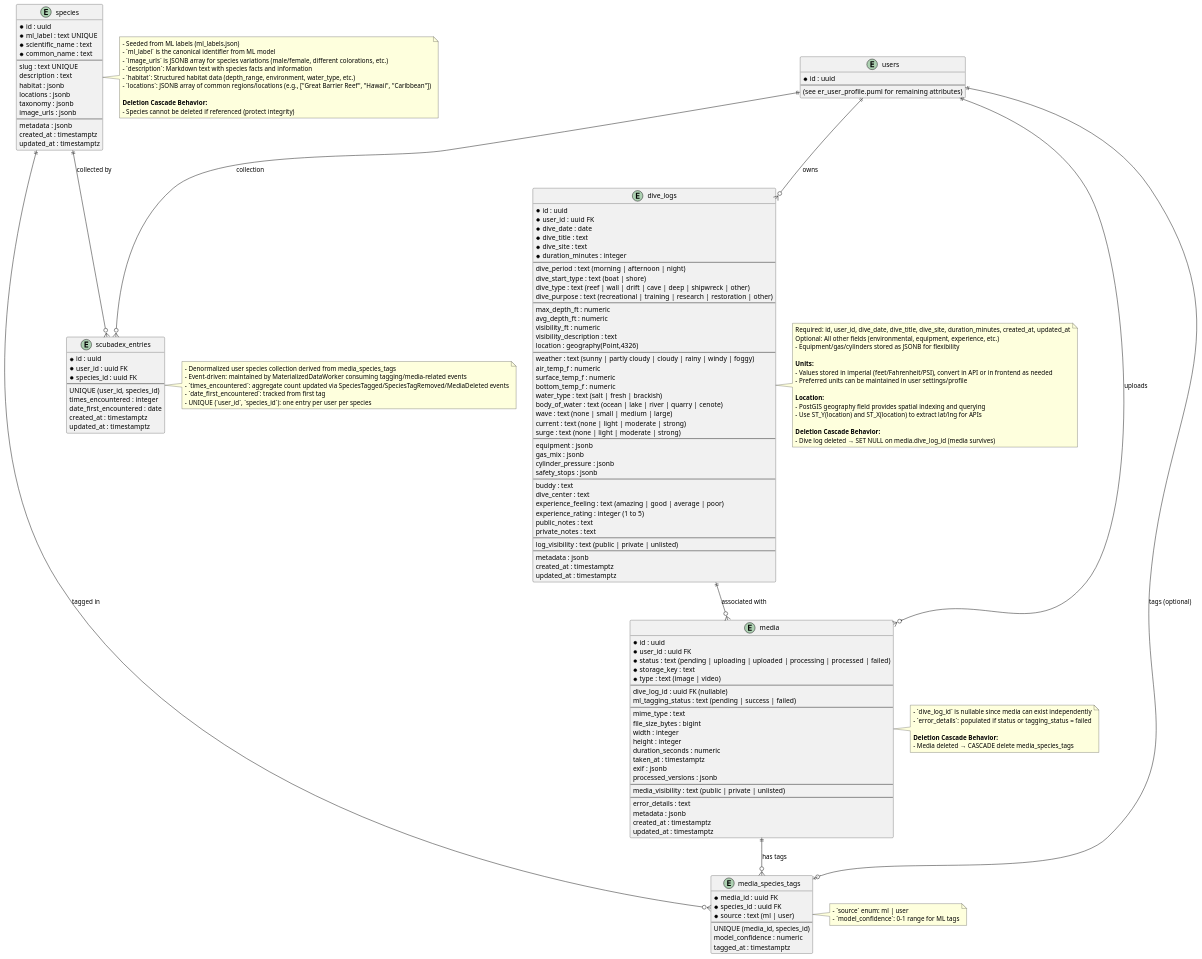
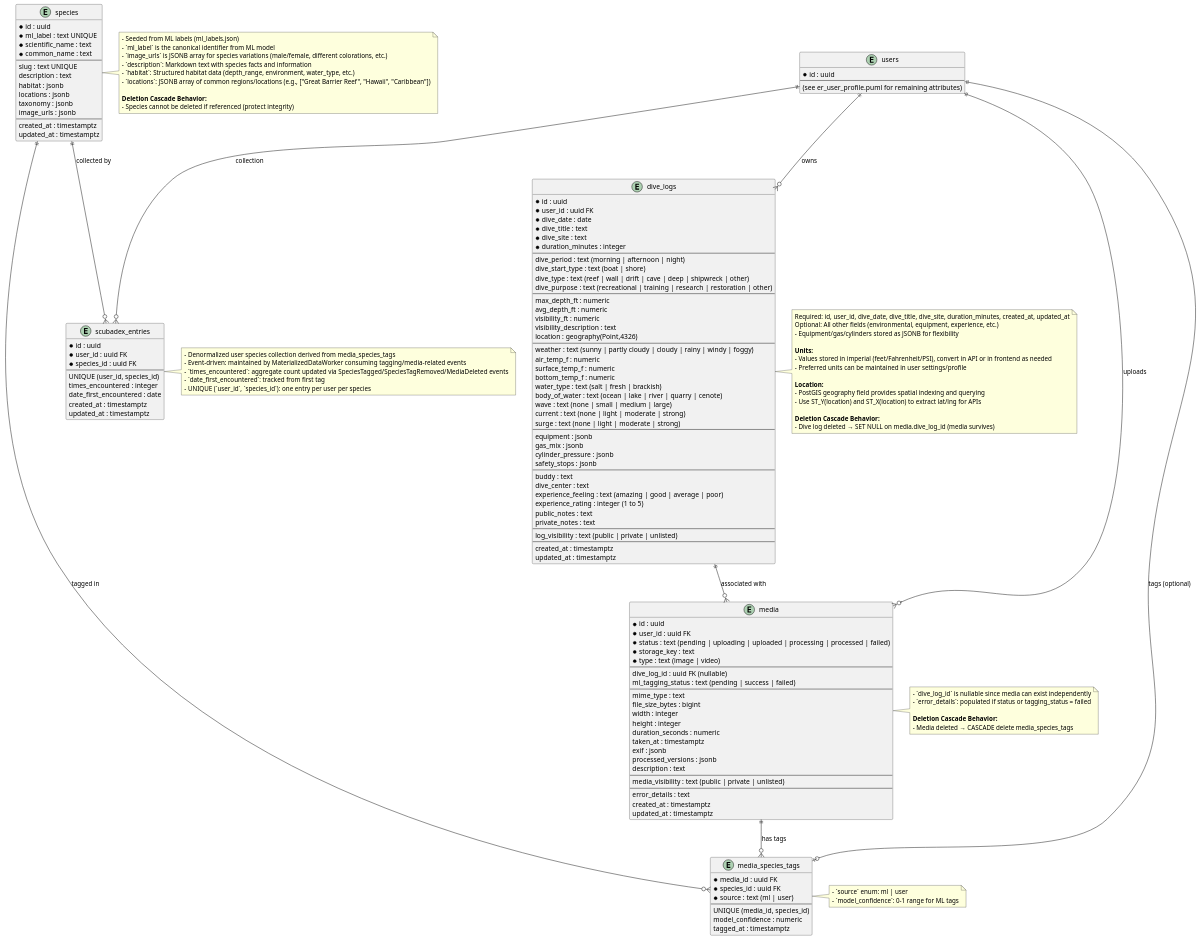
The diagram in designs/db_schema/er_core_data.puml (MikeF0007/reef-connect), drawn with PlantUML before and after one commit. The commit also changed 4 other files, not shown here.

```diff
--- a/designs/db_schema/er_core_data.puml
+++ b/designs/db_schema/er_core_data.puml
@@ -1,198 +1,196 @@
 @startuml
 ' Core Data ER diagram: dive_logs, media, species, tags
 
 entity "users" as users {
   * id : uuid
   --
   (see er_user_profile.puml for remaining attributes)
 }
 
 entity "dive_logs" as dive_logs {
   * id : uuid
   * user_id : uuid FK
   * dive_date : date
   * dive_title : text
   * dive_site : text
   * duration_minutes : integer
   --
   ' Dive Basics
   dive_period : text (morning | afternoon | night)
   dive_start_type : text (boat | shore)
   dive_type : text (reef | wall | drift | cave | deep | shipwreck | other)
   dive_purpose : text (recreational | training | research | restoration | other)
   --
   ' Measurements
   max_depth_ft : numeric
   avg_depth_ft : numeric
   visibility_ft : numeric
   visibility_description : text
   location : geography(Point,4326)
   --
   ' Environmental
   weather : text (sunny | partly cloudy | cloudy | rainy | windy | foggy)
   air_temp_f : numeric
   surface_temp_f : numeric
   bottom_temp_f : numeric
   water_type : text (salt | fresh | brackish)
   body_of_water : text (ocean | lake | river | quarry | cenote)
   wave : text (none | small | medium | large)
   current : text (none | light | moderate | strong)
   surge : text (none | light | moderate | strong)
   --
   ' Equipment
   equipment : jsonb
   gas_mix : jsonb
   cylinder_pressure : jsonb
   safety_stops : jsonb
   --
   ' People/Experience
   buddy : text
   dive_center : text
   experience_feeling : text (amazing | good | average | poor)
   experience_rating : integer (1 to 5)
   public_notes : text
   private_notes : text
   --
   ' Visibility
   log_visibility : text (public | private | unlisted)
   --
   ' Meta
-metadata : jsonb
   created_at : timestamptz
   updated_at : timestamptz
 }
 
 entity "media" as media {
   * id : uuid
   * user_id : uuid FK
   * status : text (pending | uploading | uploaded | processing | processed | failed)
   * storage_key : text
   * type : text (image | video)
   --
   ' Associations
   dive_log_id : uuid FK (nullable)
   ml_tagging_status : text (pending | success | failed)
   --
   ' Media Details
   mime_type : text
   file_size_bytes : bigint
   width : integer
   height : integer
   duration_seconds : numeric
   taken_at : timestamptz
   exif : jsonb
   processed_versions : jsonb
+  description : text
   --
   ' Visibility
   media_visibility : text (public | private | unlisted)
   --
   ' Meta
   error_details : text
-  metadata : jsonb
   created_at : timestamptz
   updated_at : timestamptz
 }
 
 entity "species" as species {
   * id : uuid
   * ml_label : text UNIQUE
   * scientific_name : text
   * common_name : text
   --
   ' Species Details
   slug : text UNIQUE
   description : text
   habitat : jsonb
   locations : jsonb
   taxonomy : jsonb
   image_urls : jsonb
   --
   ' Meta
-  metadata : jsonb
   created_at : timestamptz
   updated_at : timestamptz
 }
 
 entity "media_species_tags" as tags {
   * media_id : uuid FK
   * species_id : uuid FK
   * source : text (ml | user)
   --
   UNIQUE (media_id, species_id)
   model_confidence : numeric
   tagged_at : timestamptz
 }
 
 entity "scubadex_entries" as scubadex {
   * id : uuid
   * user_id : uuid FK
   * species_id : uuid FK
   --
   UNIQUE (user_id, species_id)
   times_encountered : integer
   date_first_encountered : date
   created_at : timestamptz
   updated_at : timestamptz
 }
 
 ' Relationships
 users ||--o{ dive_logs : "owns"
 users ||--o{ media : "uploads"
 dive_logs ||--o{ media : "associated with"
 media ||--o{ tags : "has tags"
 species ||--o{ tags : "tagged in"
 users ||--o| tags : "tags (optional)"
 users ||--o{ scubadex : "collection"
 species ||--o{ scubadex : "collected by"
 
 note right of dive_logs
   Required: id, user_id, dive_date, dive_title, dive_site, duration_minutes, created_at, updated_at
   Optional: All other fields (environmental, equipment, experience, etc.)
   - Equipment/gas/cylinders stored as JSONB for flexibility
 
   **Units:**
   - Values stored in imperial (feet/Fahrenheit/PSI), convert in API or in frontend as needed
   - Preferred units can be maintained in user settings/profile
 
   **Location:**
   - PostGIS geography field provides spatial indexing and querying
   - Use ST_Y(location) and ST_X(location) to extract lat/lng for APIs
 
   **Deletion Cascade Behavior:**
   - Dive log deleted → SET NULL on media.dive_log_id (media survives)
 end note
 
 note right of media
   - `dive_log_id` is nullable since media can exist independently
   - `error_details`: populated if status or tagging_status = failed
 
   **Deletion Cascade Behavior:**
   - Media deleted → CASCADE delete media_species_tags
 end note
 
 note right of species
   - Seeded from ML labels (ml_labels.json)
   - `ml_label` is the canonical identifier from ML model
   - `image_urls` is JSONB array for species variations (male/female, different colorations, etc.)
   - `description`: Markdown text with species facts and information
   - `habitat`: Structured habitat data (depth_range, environment, water_type, etc.)
   - `locations`: JSONB array of common regions/locations (e.g., ["Great Barrier Reef", "Hawaii", "Caribbean"])
 
   **Deletion Cascade Behavior:**
   - Species cannot be deleted if referenced (protect integrity)
 end note
 
 note right of tags
   - `source` enum: ml | user
   - `model_confidence`: 0-1 range for ML tags
 end note
 
 note right of scubadex
   - Denormalized user species collection derived from media_species_tags
   - Event-driven: maintained by MaterializedDataWorker consuming tagging/media-related events
   - `times_encountered`: aggregate count updated via SpeciesTagged/SpeciesTagRemoved/MediaDeleted events
   - `date_first_encountered`: tracked from first tag
   - UNIQUE (`user_id`, `species_id`): one entry per user per species
 end note
 
 @enduml
```
